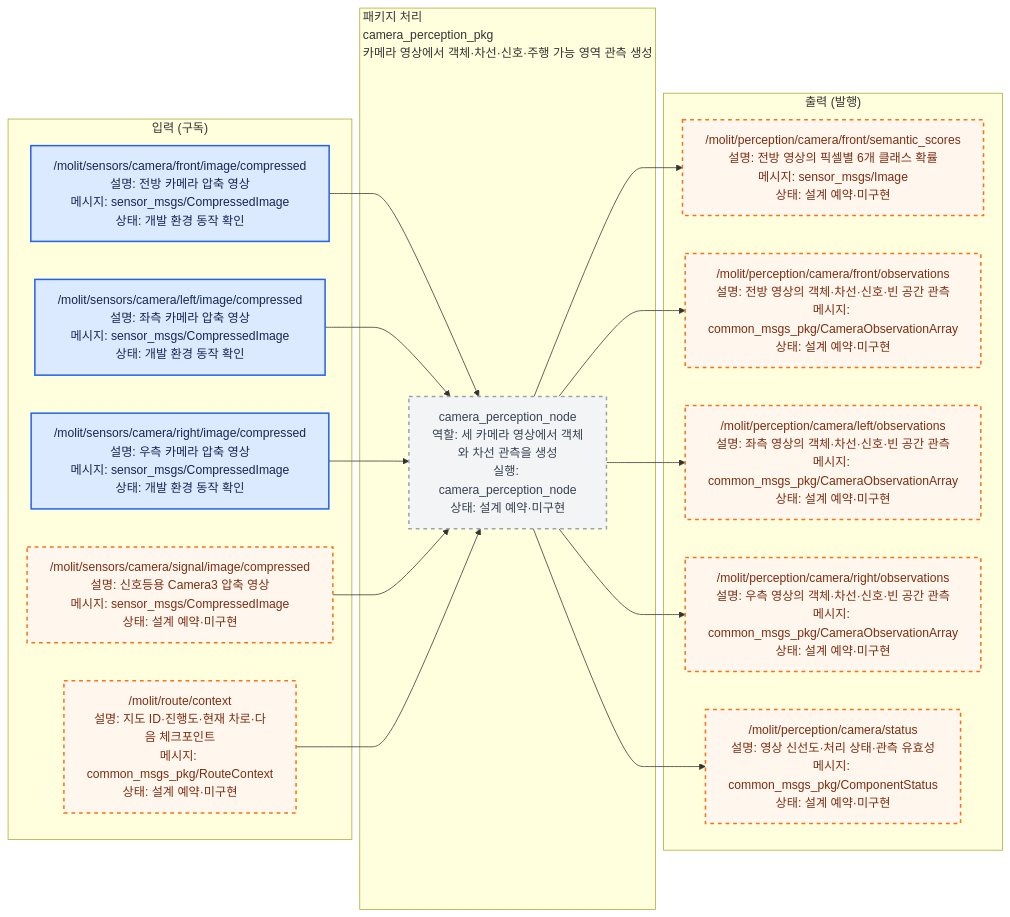
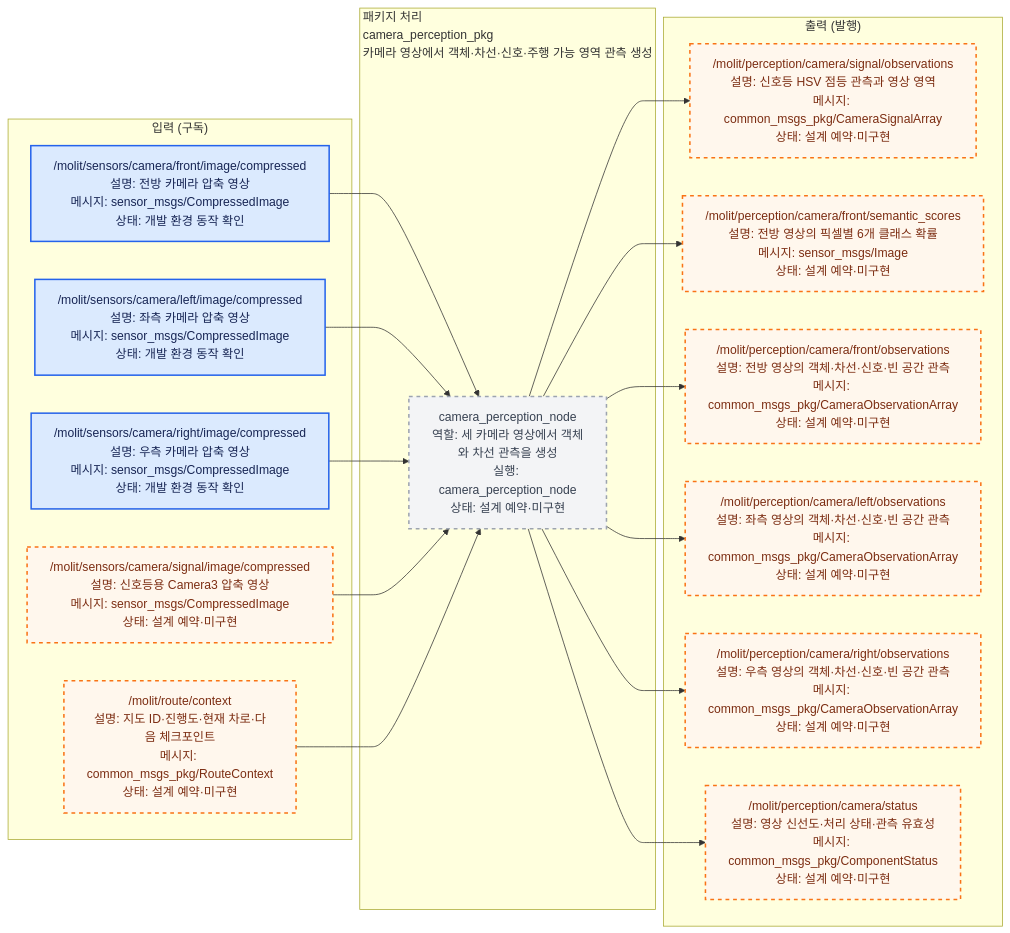
One commit to Team-Stier/Morai_Sim_team2 changed the diagram in src/camera_perception_pkg/docs/interface_io.mmd. Above: the diagram before and after it, drawn with Mermaid. The commit also changed 56 other files, not shown here.

First line of the commit message:
신호등 HSV 판독과 경로별 정지·재출발 및 RViz 상태 연결

```diff
--- a/src/camera_perception_pkg/docs/interface_io.mmd
+++ b/src/camera_perception_pkg/docs/interface_io.mmd
@@ -1,50 +1,53 @@
 %% AUTO-GENERATED by ros_architecture_pkg/scripts/generate_interface_diagrams.py. DO NOT EDIT.
 %% Source of truth: ros_architecture_pkg/config/interface_contract.yaml
 flowchart LR
     classDef liveNode fill:#dcfce7,color:#14532d,stroke:#16a34a,stroke-width:2px;
     classDef reservedNode fill:#f3f4f6,color:#374151,stroke:#9ca3af,stroke-width:2px,stroke-dasharray: 5 5;
     classDef liveTopic fill:#dbeafe,color:#172554,stroke:#2563eb,stroke-width:2px;
     classDef reservedTopic fill:#fff7ed,color:#7c2d12,stroke:#f97316,stroke-width:2px,stroke-dasharray: 5 5;
     classDef emptyPort fill:#ffffff,color:#6b7280,stroke:#d1d5db,stroke-dasharray: 3 3;
     classDef externalEndpoint fill:#f3e8ff,color:#581c87,stroke:#9333ea,stroke-width:3px;
 
     subgraph INPUTS["입력 (구독)"]
         input_000["/molit/sensors/camera/front/image/compressed<br/>설명: 전방 카메라 압축 영상<br/>메시지: sensor_msgs/CompressedImage<br/>상태: 개발 환경 동작 확인"]
         input_001["/molit/sensors/camera/left/image/compressed<br/>설명: 좌측 카메라 압축 영상<br/>메시지: sensor_msgs/CompressedImage<br/>상태: 개발 환경 동작 확인"]
         input_002["/molit/sensors/camera/right/image/compressed<br/>설명: 우측 카메라 압축 영상<br/>메시지: sensor_msgs/CompressedImage<br/>상태: 개발 환경 동작 확인"]
         input_003["/molit/sensors/camera/signal/image/compressed<br/>설명: 신호등용 Camera3 압축 영상<br/>메시지: sensor_msgs/CompressedImage<br/>상태: 설계 예약·미구현"]
         input_004["/molit/route/context<br/>설명: 지도 ID·진행도·현재 차로·다음 체크포인트<br/>메시지: common_msgs_pkg/RouteContext<br/>상태: 설계 예약·미구현"]
     end
     subgraph PACKAGE["패키지 처리<br/>camera_perception_pkg<br/>카메라 영상에서 객체·차선·신호·주행 가능 영역 관측 생성"]
         local_node_000["camera_perception_node<br/>역할: 세 카메라 영상에서 객체와 차선 관측을 생성<br/>실행: camera_perception_node<br/>상태: 설계 예약·미구현"]
     end
     subgraph OUTPUTS["출력 (발행)"]
-        output_000["/molit/perception/camera/front/semantic_scores<br/>설명: 전방 영상의 픽셀별 6개 클래스 확률<br/>메시지: sensor_msgs/Image<br/>상태: 설계 예약·미구현"]
-        output_001["/molit/perception/camera/front/observations<br/>설명: 전방 영상의 객체·차선·신호·빈 공간 관측<br/>메시지: common_msgs_pkg/CameraObservationArray<br/>상태: 설계 예약·미구현"]
-        output_002["/molit/perception/camera/left/observations<br/>설명: 좌측 영상의 객체·차선·신호·빈 공간 관측<br/>메시지: common_msgs_pkg/CameraObservationArray<br/>상태: 설계 예약·미구현"]
-        output_003["/molit/perception/camera/right/observations<br/>설명: 우측 영상의 객체·차선·신호·빈 공간 관측<br/>메시지: common_msgs_pkg/CameraObservationArray<br/>상태: 설계 예약·미구현"]
-        output_004["/molit/perception/camera/status<br/>설명: 영상 신선도·처리 상태·관측 유효성<br/>메시지: common_msgs_pkg/ComponentStatus<br/>상태: 설계 예약·미구현"]
+        output_000["/molit/perception/camera/signal/observations<br/>설명: 신호등 HSV 점등 관측과 영상 영역<br/>메시지: common_msgs_pkg/CameraSignalArray<br/>상태: 설계 예약·미구현"]
+        output_001["/molit/perception/camera/front/semantic_scores<br/>설명: 전방 영상의 픽셀별 6개 클래스 확률<br/>메시지: sensor_msgs/Image<br/>상태: 설계 예약·미구현"]
+        output_002["/molit/perception/camera/front/observations<br/>설명: 전방 영상의 객체·차선·신호·빈 공간 관측<br/>메시지: common_msgs_pkg/CameraObservationArray<br/>상태: 설계 예약·미구현"]
+        output_003["/molit/perception/camera/left/observations<br/>설명: 좌측 영상의 객체·차선·신호·빈 공간 관측<br/>메시지: common_msgs_pkg/CameraObservationArray<br/>상태: 설계 예약·미구현"]
+        output_004["/molit/perception/camera/right/observations<br/>설명: 우측 영상의 객체·차선·신호·빈 공간 관측<br/>메시지: common_msgs_pkg/CameraObservationArray<br/>상태: 설계 예약·미구현"]
+        output_005["/molit/perception/camera/status<br/>설명: 영상 신선도·처리 상태·관측 유효성<br/>메시지: common_msgs_pkg/ComponentStatus<br/>상태: 설계 예약·미구현"]
     end
 
     input_000 --> local_node_000
     input_001 --> local_node_000
     input_002 --> local_node_000
     input_003 --> local_node_000
     input_004 --> local_node_000
     local_node_000 --> output_000
     local_node_000 --> output_001
     local_node_000 --> output_002
     local_node_000 --> output_003
     local_node_000 --> output_004
+    local_node_000 --> output_005
 
     class local_node_000 reservedNode;
     class input_000 liveTopic;
     class input_001 liveTopic;
     class input_002 liveTopic;
     class input_003 reservedTopic;
     class input_004 reservedTopic;
     class output_000 reservedTopic;
     class output_001 reservedTopic;
     class output_002 reservedTopic;
     class output_003 reservedTopic;
     class output_004 reservedTopic;
+    class output_005 reservedTopic;
```
